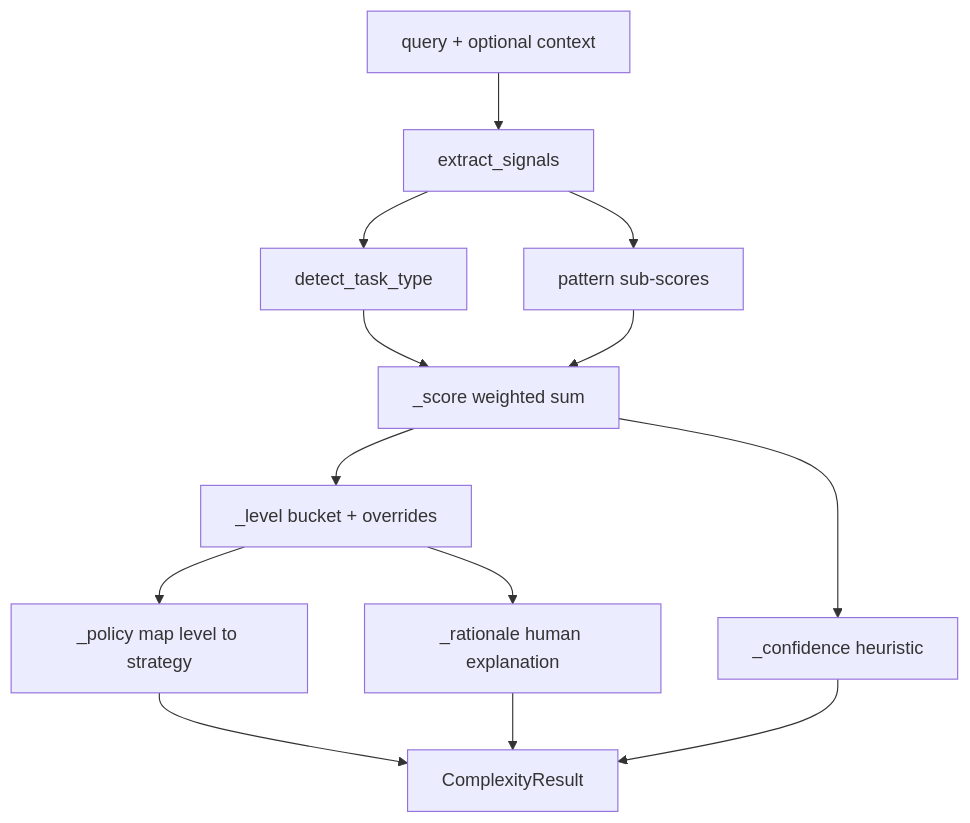
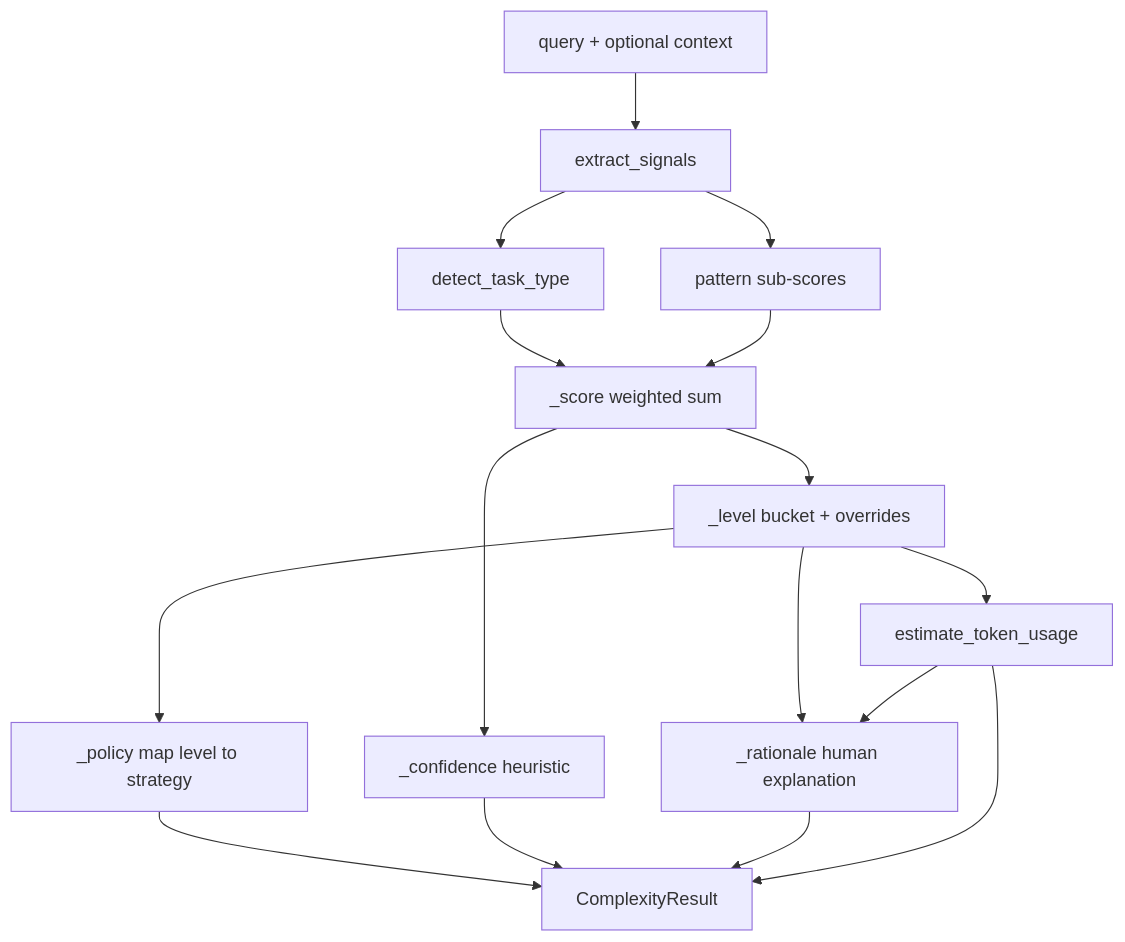
One commit to kaiumallimon/energy_efficient_llm_usage changed the diagram in src/analyzer/README.md. Above: the diagram before and after it, drawn with Mermaid. The commit also changed other lines of this file and 14 other files, not shown here.

````diff
--- a/src/analyzer/README.md
+++ b/src/analyzer/README.md
@@ -65,15 +70,18 @@
 ```mermaid
 flowchart TD
     A[query + optional context] --> B[extract_signals]
     B --> C[detect_task_type]
     B --> D[pattern sub-scores]
     C --> E[_score weighted sum]
     D --> E
     E --> F[_level bucket + overrides]
     F --> G[_policy map level to strategy]
+    F --> K[estimate_token_usage]
     E --> H[_confidence heuristic]
     F --> I[_rationale human explanation]
+    K --> I
     G --> J[ComplexityResult]
     H --> J
     I --> J
+    K --> J
 ```
````
